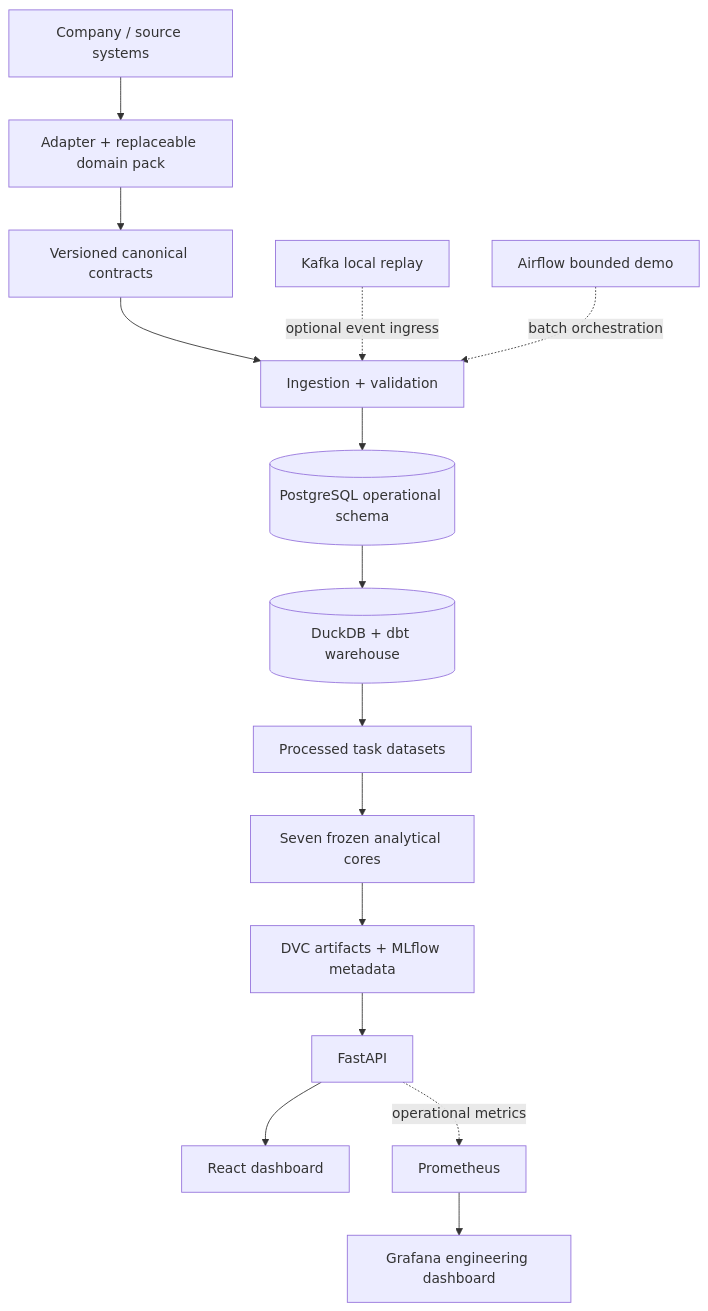
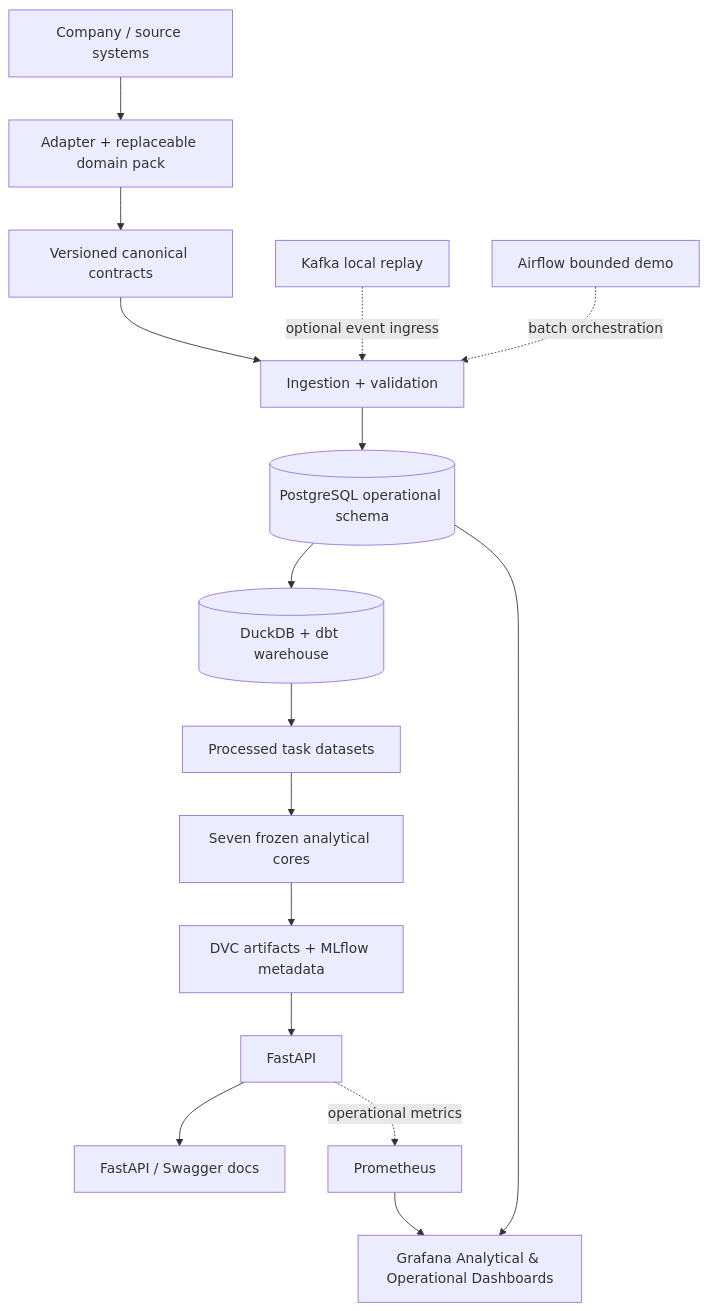
The diagram in docs/architecture/portfolio_architecture_v1_3.md (Eclipse-XS/FMCG-Sales-Intelligence), drawn with Mermaid before and after one commit. The commit also changed 192 other files, not shown here.

````diff
--- a/docs/architecture/portfolio_architecture_v1_3.md
+++ b/docs/architecture/portfolio_architecture_v1_3.md
@@ -3,17 +3,18 @@
 ```mermaid
 flowchart TB
   S[Company / source systems] --> A[Adapter + replaceable domain pack]
   A --> C[Versioned canonical contracts]
   C --> I[Ingestion + validation]
   I --> P[(PostgreSQL operational schema)]
   P --> W[(DuckDB + dbt warehouse)]
   W --> D[Processed task datasets]
   D --> M[Seven frozen analytical cores]
   M --> V[DVC artifacts + MLflow metadata]
   V --> API[FastAPI]
-  API --> UI[React dashboard]
+  API --> DOCS[FastAPI / Swagger docs]
+  P --> G[Grafana Analytical & Operational Dashboards]
   K[Kafka local replay] -. optional event ingress .-> I
   AF[Airflow bounded demo] -. batch orchestration .-> I
   API -. operational metrics .-> PR[Prometheus]
-  PR --> G[Grafana engineering dashboard]
+  PR --> G
 ```
````
